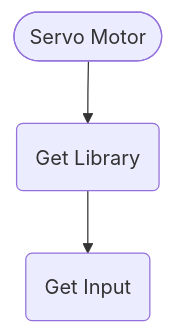
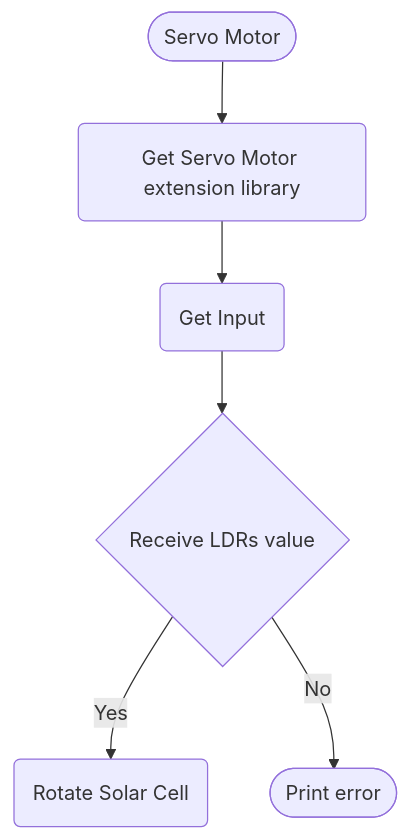
The second of 3 diagrams in logic.md (Glovania/Solar-Panel-SmartDevice), drawn with Mermaid before and after one commit. The commit also changed other lines of this file, not shown here.

````diff
--- a/logic.md
+++ b/logic.md
@@ -19,9 +18,13 @@
 ```mermaid
 flowchart TD
     Start([Servo Motor])
-    GetServoExtensionLibrary(Get Library)
-    InputServo(Get Input)
-    
+    GetServoMotorExtensionLibrary(Get Servo Motor extension library)
+    InputServoMotor(Get Input)
+    ReceiveLDRsValue{Receive LDRs value}
+    SpinTheSolarCell(Rotate Solar Cell)
+    PrintOutError([Print error])
 
-    Start --> GetServoExtensionLibrary --> InputServo
+    Start --> GetServoMotorExtensionLibrary --> InputServoMotor --> ReceiveLDRsValue
+    ReceiveLDRsValue --> |Yes| SpinTheSolarCell
+    ReceiveLDRsValue --> |No| PrintOutError
 ```
````
